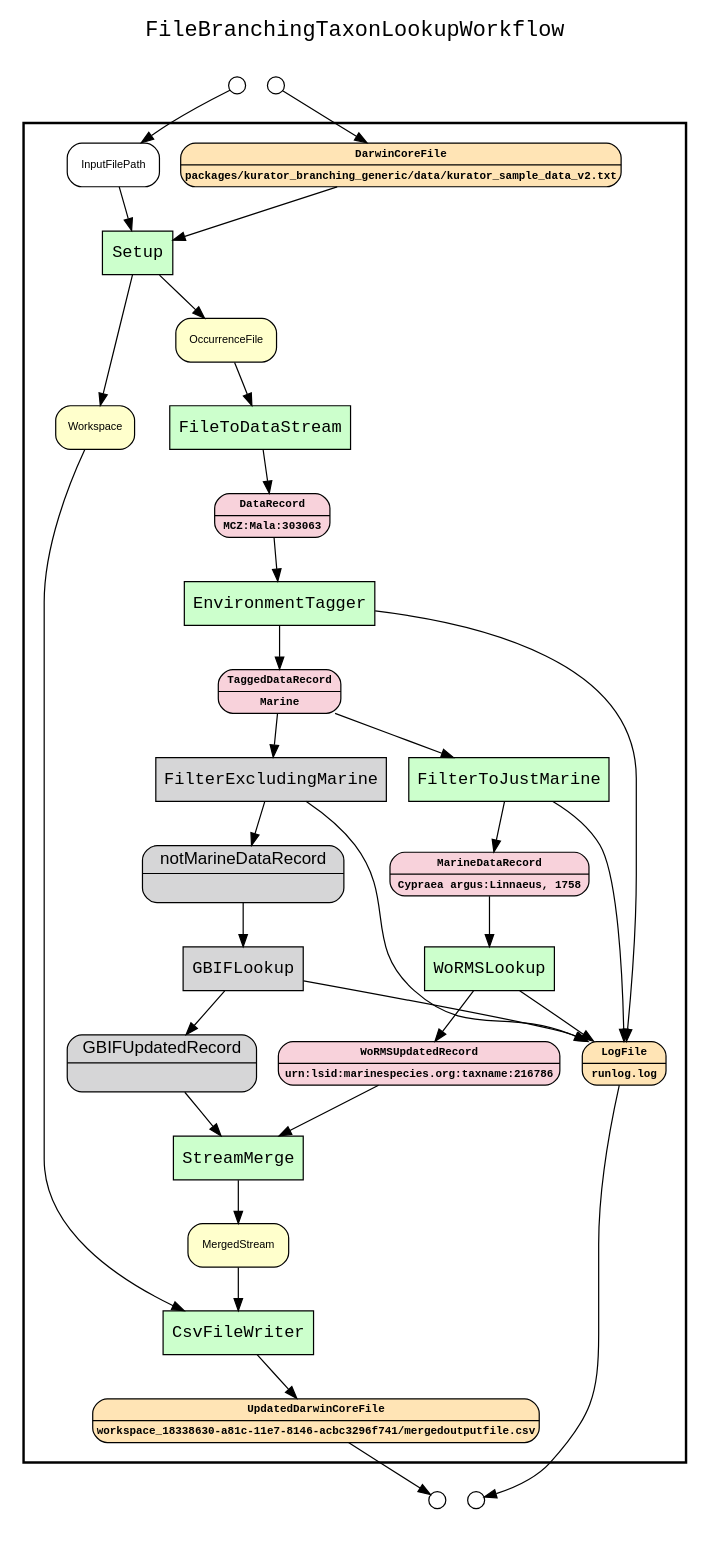
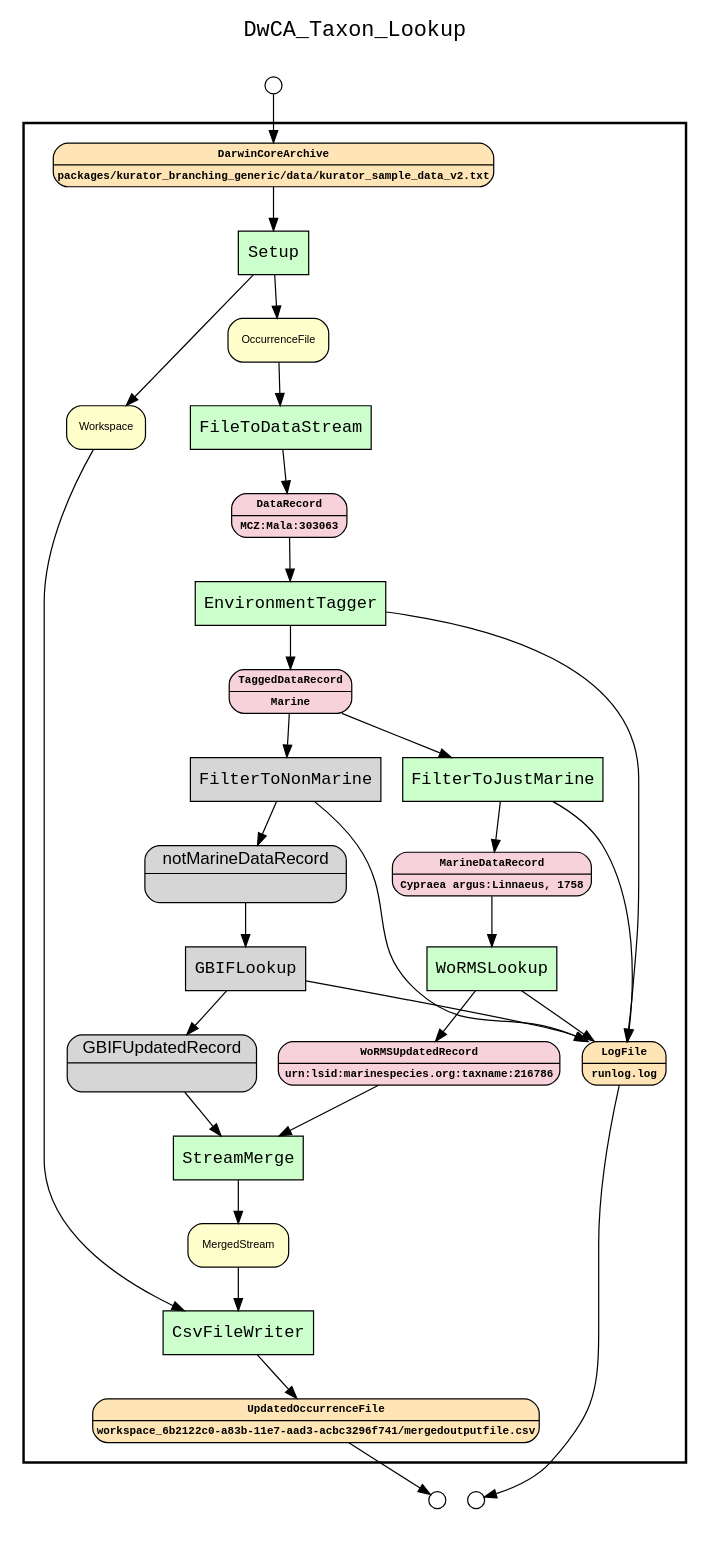
Before and after one commit to kurator-org/kurator-TDWG17-YW: the diagram in kurator_FileBranchingTaxonLookup/workflows/results/wf_recon_complete_graph_of_MCZ:Mala:303063.gv, drawn with Graphviz. The commit also changed 68 other files, not shown here.

```diff
--- a/kurator_FileBranchingTaxonLookup/workflows/results/wf_recon_complete_graph_of_MCZ:Mala:303063.gv
+++ b/kurator_FileBranchingTaxonLookup/workflows/results/wf_recon_complete_graph_of_MCZ:Mala:303063.gv
@@ -1,93 +1,89 @@
 
 digraph yw_data_view {
 rankdir=TB
 fontname=Courier; fontsize=18; labelloc=t
-label="FileBranchingTaxonLookupWorkflow"
+label="DwCA_Taxon_Lookup"
 subgraph cluster_workflow { label=""; color=black; penwidth=2
 subgraph cluster_workflow_inner { label=""; color=white
 node[shape=box style="filled" fillcolor="#d6d6d7" peripheries=1 fontname=Courier]
-FilterExcludingMarine
+FilterToNonMarine
 GBIFLookup
 node[shape=box style="filled" fillcolor="#CCFFCC" peripheries=1 fontname=Courier]
 Setup
 FileToDataStream
 EnvironmentTagger
 FilterToJustMarine
-FilterExcludingMarine
+FilterToNonMarine
 WoRMSLookup
 GBIFLookup
 StreamMerge
 CsvFileWriter
 node[shape=box style="filled" fillcolor="#CCFFCC" peripheries=1 fontname=Courier]
 node[shape=box style="rounded,filled" fillcolor="#d6d6d7" peripheries=1 fontname=Helvetica]
 notMarineDataRecord
 GBIFUpdatedRecord
 node[shape=box style="rounded,filled" fillcolor="#f8d2db" peripheries=1 fontname="Courier-Bold" fontsize=9]
 DataRecord[shape=record rankdir=LR label="{<f0> DataRecord |<f1>MCZ:Mala:303063\n}"]
 TaggedDataRecord[shape=record rankdir=LR label="{<f0> TaggedDataRecord |<f1>Marine\n}"]
 MarineDataRecord[shape=record rankdir=LR label="{<f0> MarineDataRecord |<f1>Cypraea argus:Linnaeus, 1758\n}"]
 notMarineDataRecord[shape=record rankdir=LR label="{<f0> notMarineDataRecord |<f1> \n}"]
 WoRMSUpdatedRecord[shape=record rankdir=LR label="{<f0> WoRMSUpdatedRecord |<f1>urn:lsid:marinespecies.org:taxname:216786\n}"]
 GBIFUpdatedRecord[shape=record rankdir=LR label="{<f0> GBIFUpdatedRecord |<f1>\n}"]
 node[shape=box style="rounded,filled" fillcolor="#FFE4B5" peripheries=1 fontname="Courier-Bold" fontsize=9]
-DarwinCoreFile[shape=record rankdir=LR label="{<f0> DarwinCoreFile |<f1>packages/kurator_branching_generic/data/kurator_sample_data_v2.txt\n}"]
+DarwinCoreArchive[shape=record rankdir=LR label="{<f0> DarwinCoreArchive |<f1>packages/kurator_branching_generic/data/kurator_sample_data_v2.txt\n}"]
 node[shape=box style="rounded,filled" fillcolor="#FFFFCC" peripheries=1 fontname=Helvetica]
 Workspace
 OccurrenceFile
 DataRecord
 TaggedDataRecord
 MarineDataRecord
 notMarineDataRecord
 WoRMSUpdatedRecord
 GBIFUpdatedRecord
 MergedStream
 node[shape=box style="rounded,filled" fillcolor="#FFE4B5" peripheries=1 fontname="Courier-Bold" fontsize=9]
 LogFile[shape=record rankdir=LR label="{<f0> LogFile |<f1>runlog.log\n}"]
-UpdatedDarwinCoreFile[shape=record rankdir=LR label="{<f0> UpdatedDarwinCoreFile |<f1>workspace_18338630-a81c-11e7-8146-acbc3296f741/mergedoutputfile.csv\n}"]
+UpdatedOccurrenceFile[shape=record rankdir=LR label="{<f0> UpdatedOccurrenceFile |<f1>workspace_6b2122c0-a83b-11e7-aad3-acbc3296f741/mergedoutputfile.csv\n}"]
 node[shape=box style="rounded,filled" fillcolor="#FFFFFF" peripheries=1 fontname=Helvetica]
-InputFilePath
 }}
 subgraph cluster_inflows { label=""; color=white; penwidth=2
 subgraph cluster_inflows_inner { label=""; color=white
 node[shape=circle fillcolor="#FFFFFF" peripheries=1 width=0.2]
-DarwinCoreFile_inflow [label=""]
-InputFilePath_inflow [label=""]
+DarwinCoreArchive_inflow [label=""]
 }}
 subgraph cluster_outflows { label=""; color=white; penwidth=2
 subgraph cluster_outflows_inner { label=""; color=white
 node[shape=circle fillcolor="#FFFFFF" peripheries=1 width=0.2]
 LogFile_outflow [label=""]
-UpdatedDarwinCoreFile_outflow [label=""]
+UpdatedOccurrenceFile_outflow [label=""]
 }}
-InputFilePath -> Setup
-DarwinCoreFile -> Setup
+DarwinCoreArchive -> Setup
 Workspace -> CsvFileWriter
 OccurrenceFile -> FileToDataStream
 DataRecord -> EnvironmentTagger
 TaggedDataRecord -> FilterToJustMarine
-TaggedDataRecord -> FilterExcludingMarine
+TaggedDataRecord -> FilterToNonMarine
 MarineDataRecord -> WoRMSLookup
 notMarineDataRecord -> GBIFLookup
 WoRMSUpdatedRecord -> StreamMerge
 GBIFUpdatedRecord -> StreamMerge
 MergedStream -> CsvFileWriter
 Setup -> Workspace
 Setup -> OccurrenceFile
 FileToDataStream -> DataRecord
 EnvironmentTagger -> LogFile
 EnvironmentTagger -> TaggedDataRecord
 FilterToJustMarine -> LogFile
 FilterToJustMarine -> MarineDataRecord
-FilterExcludingMarine -> LogFile
-FilterExcludingMarine -> notMarineDataRecord
+FilterToNonMarine -> LogFile
+FilterToNonMarine -> notMarineDataRecord
 WoRMSLookup -> LogFile
 WoRMSLookup -> WoRMSUpdatedRecord
 GBIFLookup -> LogFile
 GBIFLookup -> GBIFUpdatedRecord
 StreamMerge -> MergedStream
-CsvFileWriter -> UpdatedDarwinCoreFile
-DarwinCoreFile_inflow -> DarwinCoreFile
-InputFilePath_inflow -> InputFilePath
+CsvFileWriter -> UpdatedOccurrenceFile
+DarwinCoreArchive_inflow -> DarwinCoreArchive
 LogFile -> LogFile_outflow
-UpdatedDarwinCoreFile -> UpdatedDarwinCoreFile_outflow
+UpdatedOccurrenceFile -> UpdatedOccurrenceFile_outflow
 }
```
